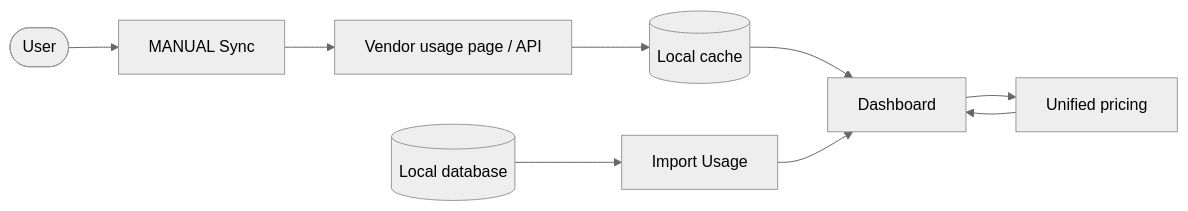
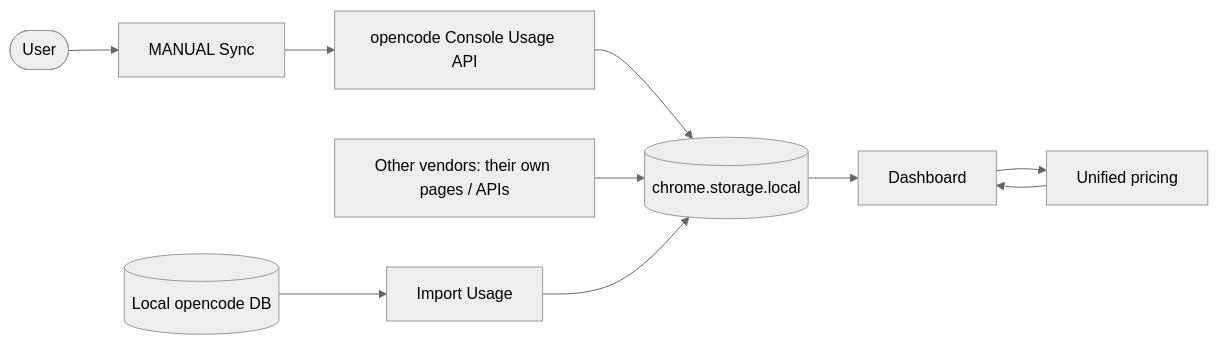
One commit to xhang1108/opencode-usage changed the diagram in README.md. Above: the diagram before and after it, drawn with Mermaid (neutral theme). The commit also changed other lines of this file and 16 other files, not shown here.

First line of the commit message:
feat(opencode): dedupe imported records against the live API store

````diff
--- a/README.md
+++ b/README.md
@@ -73,11 +73,12 @@
 ```mermaid
 flowchart LR
     U([User]) --> P[MANUAL Sync]
-    P --> S[Vendor usage page / API]
-    S --> C[(Local cache)]
+    P --> S[opencode Console Usage API]
+    S --> C[(chrome.storage.local)]
+    O[Other vendors: their own pages / APIs] --> C
+    L[(Local opencode DB)] --> J[Import Usage]
+    J --> C
     C --> D[Dashboard]
-    L[(Local database)] --> J[Import Usage]
-    J --> D
     D --> P2[Unified pricing]
     P2 --> D
 ```
````
